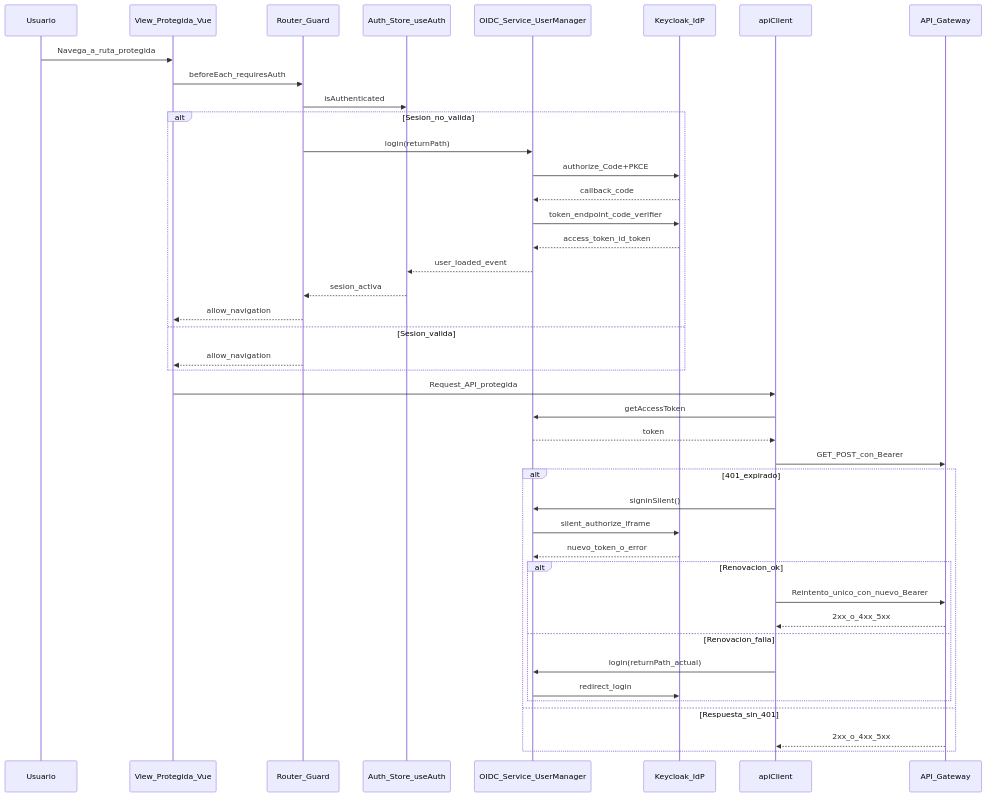
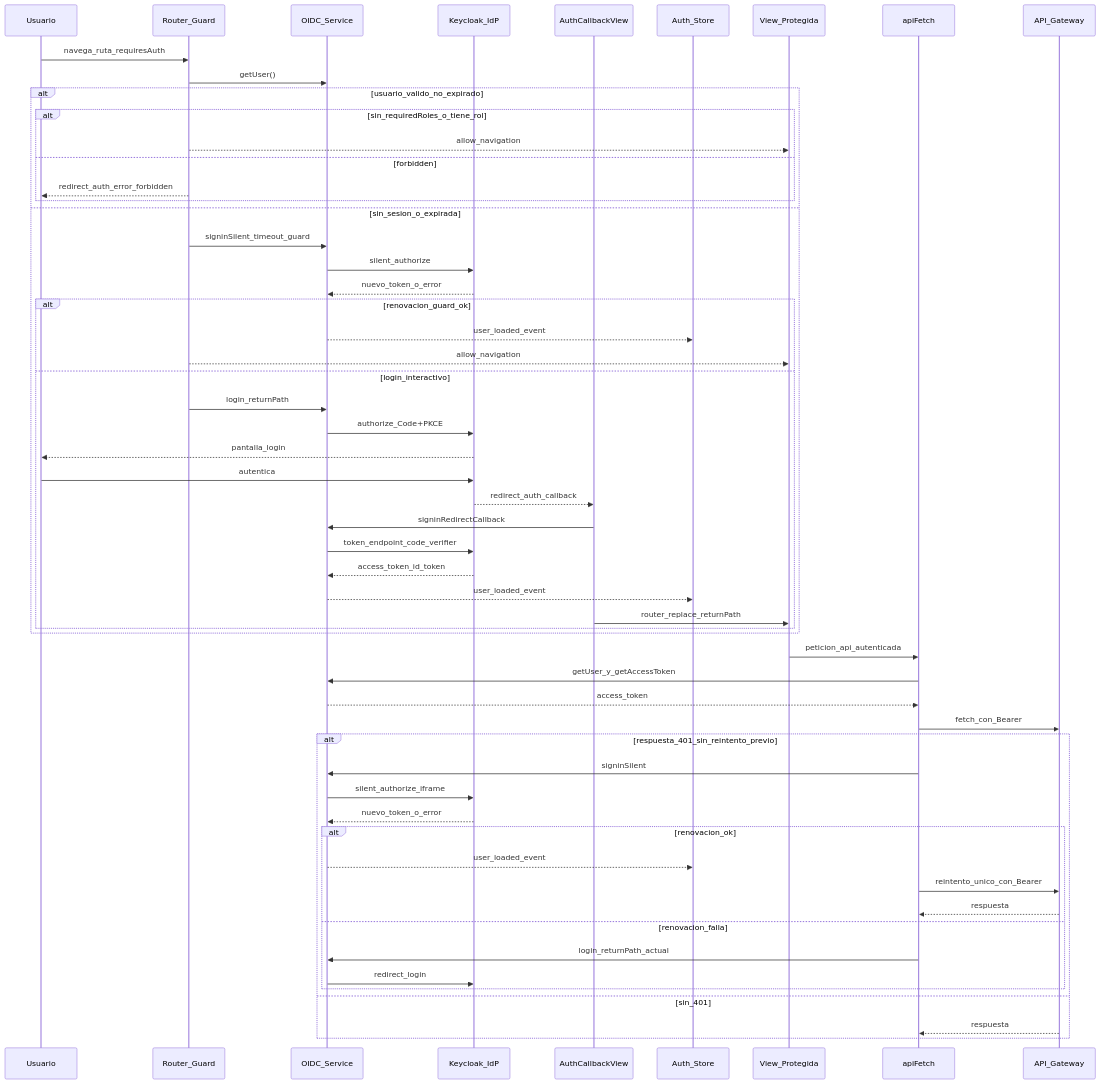
Before and after one commit to LIDR-academy/AI4Devs-finalproject: the fifth of 18 diagrams in readme.md, drawn with Mermaid. The commit also changed other lines of this file and 1 other file, not shown here.

Commit message:
Se actualiza documentación

````diff
--- a/readme.md
+++ b/readme.md
@@ -452,48 +476,63 @@
 ```mermaid
 sequenceDiagram
   participant U as Usuario
-  participant V as View_Protegida_Vue
   participant R as Router_Guard
-  participant A as Auth_Store_useAuth
-  participant O as OIDC_Service_UserManager
+  participant O as OIDC_Service
   participant K as Keycloak_IdP
-  participant H as apiClient
+  participant CB as AuthCallbackView
+  participant A as Auth_Store
+  participant V as View_Protegida
+  participant H as apiFetch
   participant G as API_Gateway
 
-  U->>V: Navega_a_ruta_protegida
-  V->>R: beforeEach_requiresAuth
-  R->>A: isAuthenticated
+  U->>R: navega_ruta_requiresAuth
+  R->>O: getUser()
 
-  alt Sesion_no_valida
-    R->>O: login(returnPath)
-    O->>K: authorize_Code+PKCE
-    K-->>O: callback_code
-    O->>K: token_endpoint_code_verifier
-    K-->>O: access_token_id_token
-    O-->>A: user_loaded_event
-    A-->>R: sesion_activa
-    R-->>V: allow_navigation
-  else Sesion_valida
-    R-->>V: allow_navigation
+  alt usuario_valido_no_expirado
+    alt sin_requiredRoles_o_tiene_rol
+      R-->>V: allow_navigation
+    else forbidden
+      R-->>U: redirect_auth_error_forbidden
+    end
+  else sin_sesion_o_expirada
+    R->>O: signinSilent_timeout_guard
+    O->>K: silent_authorize
+    K-->>O: nuevo_token_o_error
+    alt renovacion_guard_ok
+      O-->>A: user_loaded_event
+      R-->>V: allow_navigation
+    else login_interactivo
+      R->>O: login_returnPath
+      O->>K: authorize_Code+PKCE
+      K-->>U: pantalla_login
+      U->>K: autentica
+      K-->>CB: redirect_auth_callback
+      CB->>O: signinRedirectCallback
+      O->>K: token_endpoint_code_verifier
+      K-->>O: access_token_id_token
+      O-->>A: user_loaded_event
+      CB->>V: router_replace_returnPath
+    end
   end
 
-  V->>H: Request_API_protegida
-  H->>O: getAccessToken
-  O-->>H: token
-  H->>G: GET_POST_con_Bearer
+  V->>H: peticion_api_autenticada
+  H->>O: getUser_y_getAccessToken
+  O-->>H: access_token
+  H->>G: fetch_con_Bearer
 
-  alt 401_expirado
-    H->>O: signinSilent()
+  alt respuesta_401_sin_reintento_previo
+    H->>O: signinSilent
     O->>K: silent_authorize_iframe
     K-->>O: nuevo_token_o_error
-    alt Renovacion_ok
-      H->>G: Reintento_unico_con_nuevo_Bearer
-      G-->>H: 2xx_o_4xx_5xx
-    else Renovacion_falla
-      H->>O: login(returnPath_actual)
+    alt renovacion_ok
+      O-->>A: user_loaded_event
+      H->>G: reintento_unico_con_Bearer
+      G-->>H: respuesta
+    else renovacion_falla
+      H->>O: login_returnPath_actual
       O->>K: redirect_login
     end
-  else Respuesta_sin_401
-    G-->>H: 2xx_o_4xx_5xx
+  else sin_401
+    G-->>H: respuesta
   end
 ```
````
